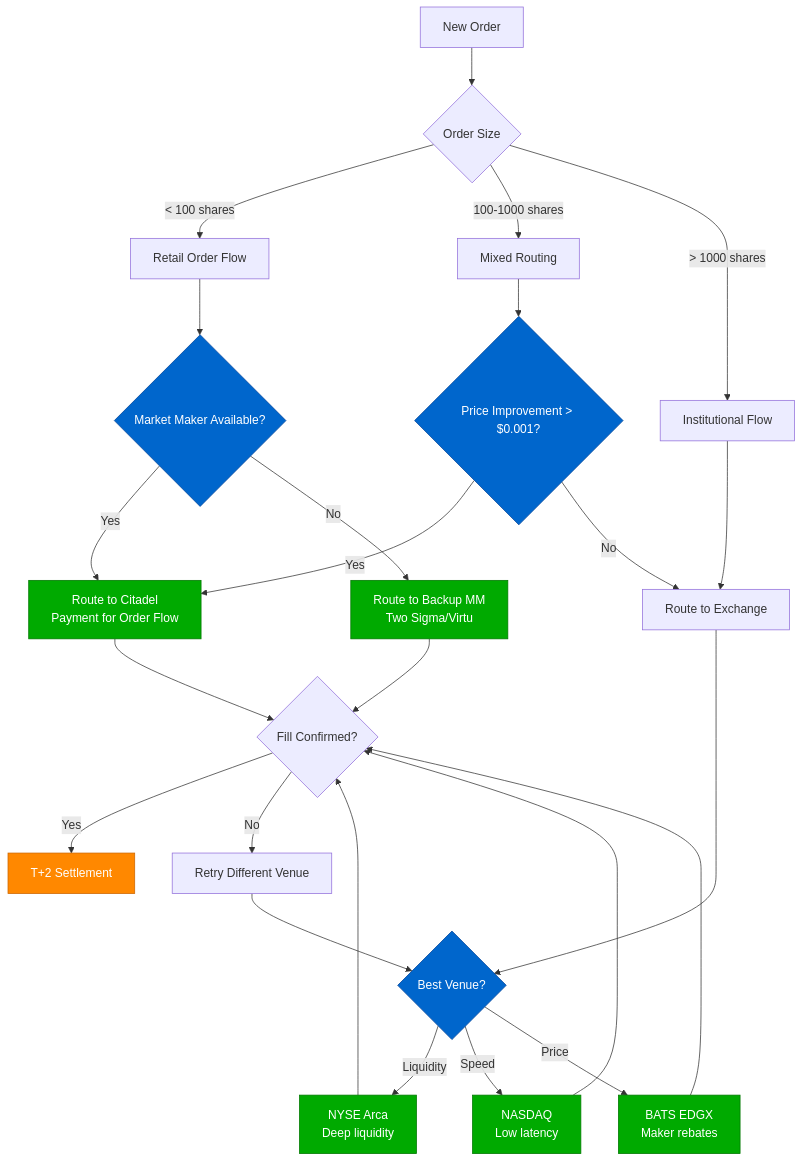
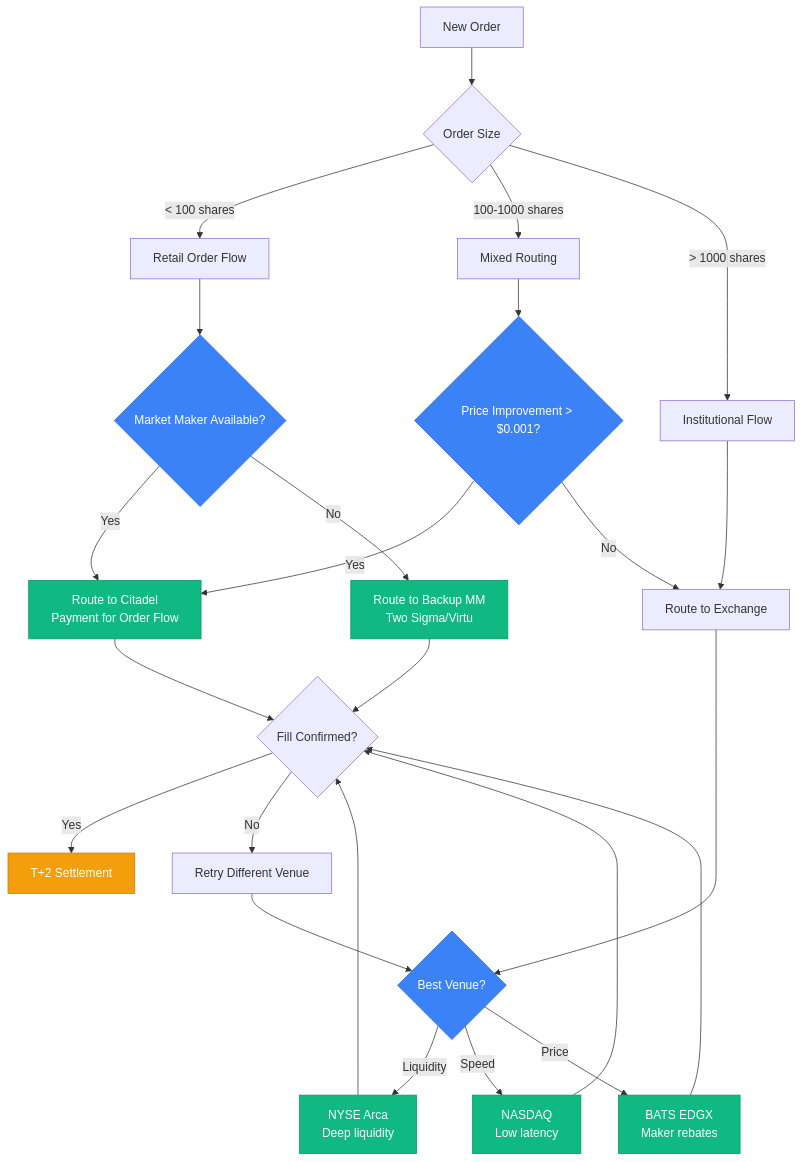
Before and after one commit to deepaucksharma/DS: the third of 4 diagrams in site/docs/systems/robinhood/02-request-flow.md, drawn with Mermaid. The commit also changed other lines of this file and 187 other files, not shown here.

````diff
--- a/site/docs/systems/robinhood/02-request-flow.md
+++ b/site/docs/systems/robinhood/02-request-flow.md
@@ -152,42 +152,42 @@
 ```mermaid
 flowchart TD
     ORDER[New Order] --> SIZE{Order Size}
 
     SIZE -->|< 100 shares| RETAIL[Retail Order Flow]
     SIZE -->|100-1000 shares| MIXED[Mixed Routing]
     SIZE -->|> 1000 shares| INSTITUTIONAL[Institutional Flow]
 
     RETAIL --> PFOF{Market Maker Available?}
     PFOF -->|Yes| CITADEL[Route to Citadel<br/>Payment for Order Flow]
     PFOF -->|No| BACKUP_MM[Route to Backup MM<br/>Two Sigma/Virtu]
 
     MIXED --> PRICE_IMPROVE{Price Improvement > $0.001?}
     PRICE_IMPROVE -->|Yes| CITADEL
     PRICE_IMPROVE -->|No| EXCHANGE[Route to Exchange]
 
     INSTITUTIONAL --> EXCHANGE
     EXCHANGE --> VENUE{Best Venue?}
 
     VENUE -->|Liquidity| NYSE[NYSE Arca<br/>Deep liquidity]
     VENUE -->|Speed| NASDAQ[NASDAQ<br/>Low latency]
     VENUE -->|Price| BATS[BATS EDGX<br/>Maker rebates]
 
     CITADEL --> FILL_CHECK{Fill Confirmed?}
     BACKUP_MM --> FILL_CHECK
     NYSE --> FILL_CHECK
     NASDAQ --> FILL_CHECK
     BATS --> FILL_CHECK
 
     FILL_CHECK -->|Yes| SETTLEMENT[T+2 Settlement]
     FILL_CHECK -->|No| RETRY[Retry Different Venue]
 
     RETRY --> VENUE
 
-    classDef routingStyle fill:#00AA00,stroke:#007700,color:#fff
-    classDef venueStyle fill:#0066CC,stroke:#004499,color:#fff
-    classDef settleStyle fill:#FF8800,stroke:#CC6600,color:#fff
+    classDef routingStyle fill:#10B981,stroke:#059669,color:#fff
+    classDef venueStyle fill:#3B82F6,stroke:#2563EB,color:#fff
+    classDef settleStyle fill:#F59E0B,stroke:#D97706,color:#fff
 
     class CITADEL,BACKUP_MM,NYSE,NASDAQ,BATS routingStyle
     class PFOF,PRICE_IMPROVE,VENUE venueStyle
     class SETTLEMENT settleStyle
 ```
````
